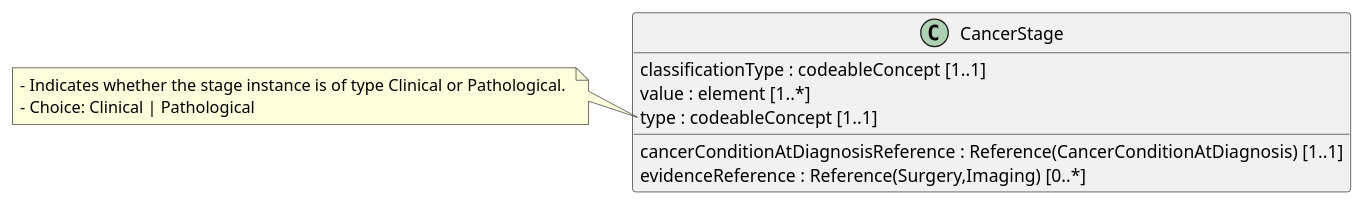
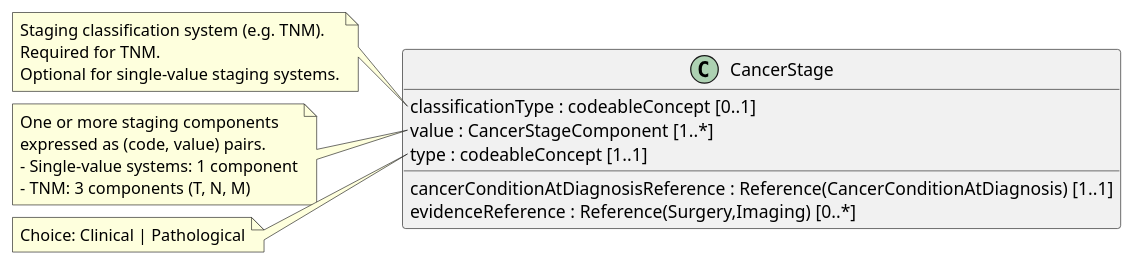
One commit to rgazzarata/cancer-common changed the diagram in input/images-source/CancerStage_LM.plantuml. Above: the diagram before and after it, drawn with PlantUML. The commit also changed 25 other files, not shown here.

```diff
--- a/input/images-source/CancerStage_LM.plantuml
+++ b/input/images-source/CancerStage_LM.plantuml
@@ -1,17 +1,27 @@
 @startuml
 hide empty members
 skinparam classAttributeIconSize 0
 
 class CancerStage {
   cancerConditionAtDiagnosisReference : Reference(CancerConditionAtDiagnosis) [1..1]
-  classificationType : codeableConcept [1..1]
-  value : element [1..*]
+  classificationType : codeableConcept [0..1]
+  value : CancerStageComponent [1..*]
   type : codeableConcept [1..1]
   evidenceReference : Reference(Surgery,Imaging) [0..*]  
 }
 
+note left of CancerStage::classificationType
+Staging classification system (e.g. TNM).
+Required for TNM.
+Optional for single-value staging systems.
+end note
+note left of CancerStage::value
+One or more staging components
+expressed as (code, value) pairs.
+- Single-value systems: 1 component
+- TNM: 3 components (T, N, M)
+end note
 note left of CancerStage::type
-- Indicates whether the stage instance is of type Clinical or Pathological. 
-- Choice: Clinical | Pathological
+Choice: Clinical | Pathological
 end note
 @enduml
```
